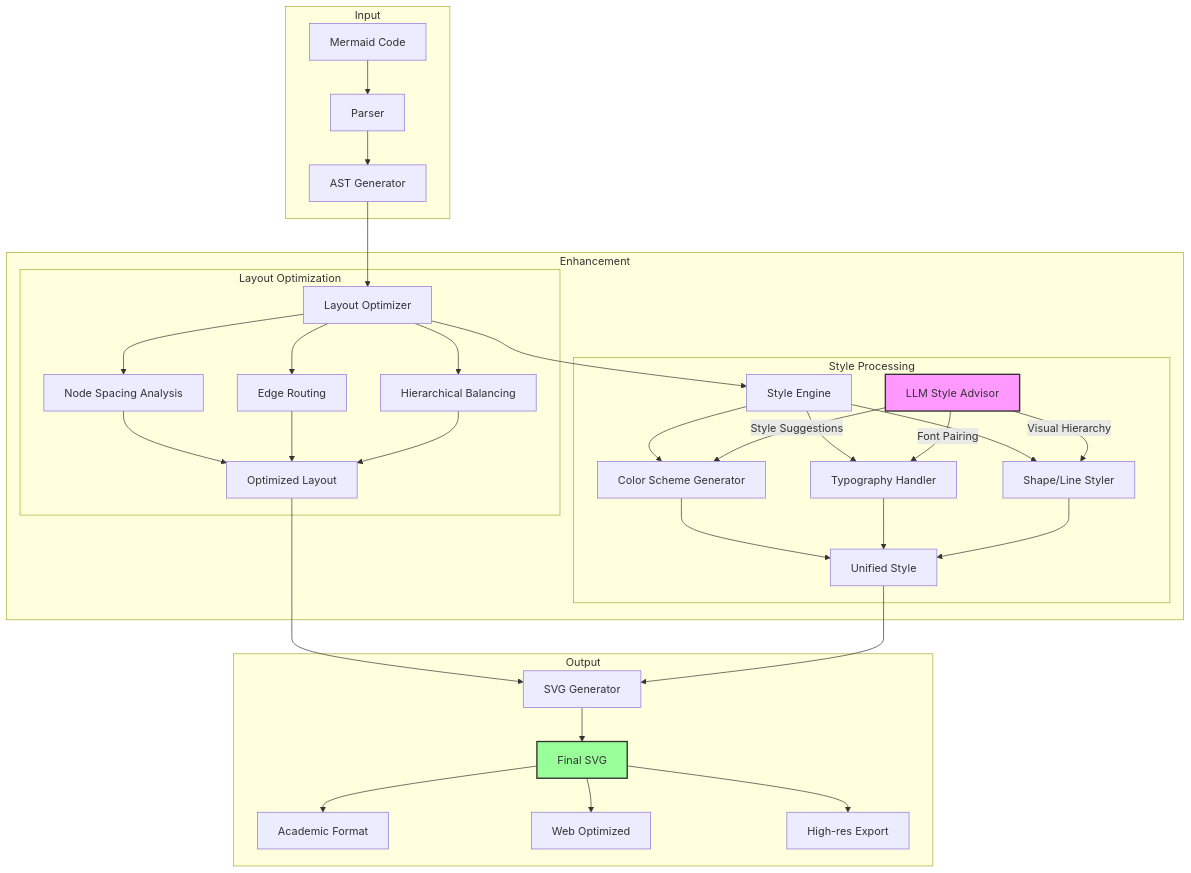
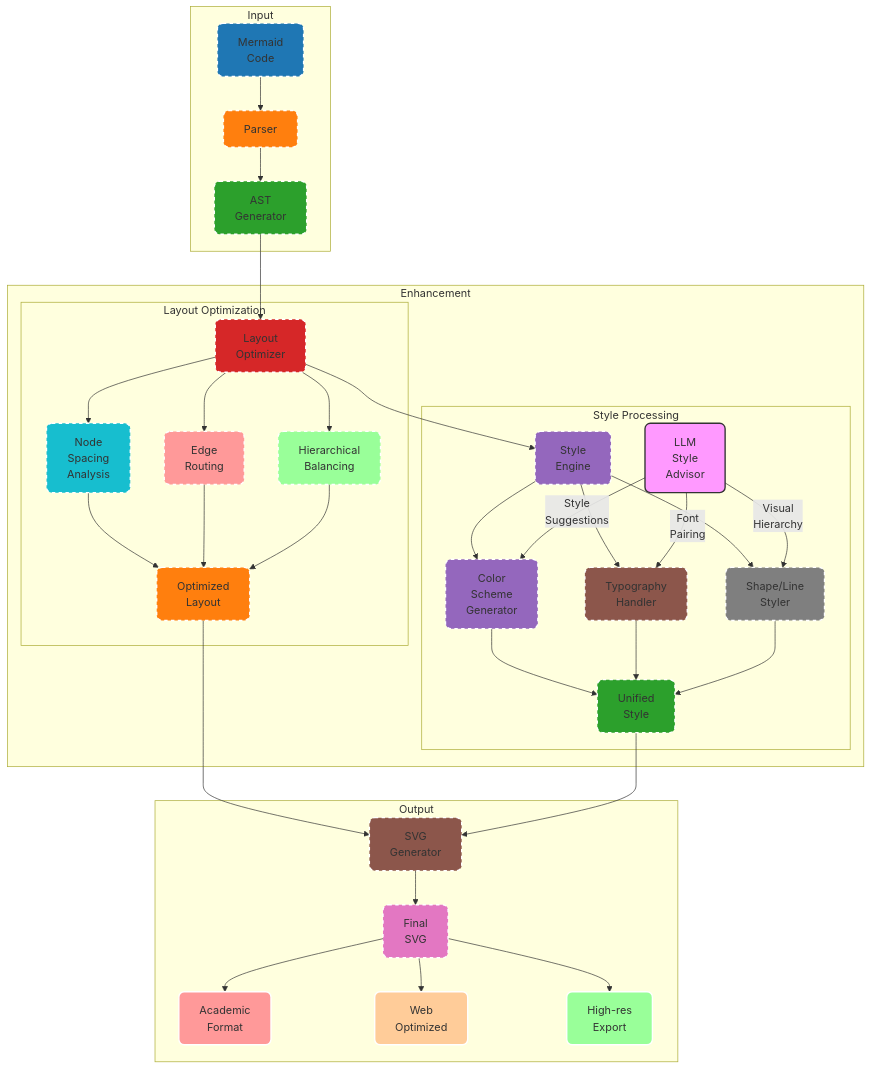
Before and after one commit to nshkrdotcom/diagram_experiments: the diagram in diagram_pipeline/2-mermaid-renderer.mermaid, drawn with Mermaid. The commit also changed other lines of this file, not shown here.

```diff
--- a/diagram_pipeline/2-mermaid-renderer.mermaid
+++ b/diagram_pipeline/2-mermaid-renderer.mermaid
@@ -1,43 +1,72 @@
 graph TB
+    %% Style for nodes
+    style A fill:#1f77b4,stroke:#ffffff,stroke-width:2px,rx:8px,ry:8px
+    style B fill:#ff7f0e,stroke:#ffffff,stroke-width:2px,rx:8px,ry:8px
+    style C fill:#2ca02c,stroke:#ffffff,stroke-width:2px,rx:8px,ry:8px
+    style D fill:#d62728,stroke:#ffffff,stroke-width:2px,rx:8px,ry:8px
+    style E fill:#9467bd,stroke:#ffffff,stroke-width:2px,rx:8px,ry:8px
+    style F fill:#8c564b,stroke:#ffffff,stroke-width:2px,rx:8px,ry:8px
+    style G fill:#e377c2,stroke:#ffffff,stroke-width:2px,rx:8px,ry:8px
+    style H1 fill:#ff9999,stroke:#ffffff,stroke-width:2px,rx:8px,ry:8px
+    style H2 fill:#ffcc99,stroke:#ffffff,stroke-width:2px,rx:8px,ry:8px
+    style H3 fill:#99ff99,stroke:#ffffff,stroke-width:2px,rx:8px,ry:8px
+    style LLM fill:#f9f,stroke:#333,stroke-width:2px,rx:8px,ry:8px
+    style D4 fill:#ff7f0e,stroke:#ffffff,stroke-width:2px,rx:8px,ry:8px
+    style E4 fill:#2ca02c,stroke:#ffffff,stroke-width:2px,rx:8px,ry:8px
+    style E1 fill:#9467bd,stroke:#ffffff,stroke-width:2px,rx:8px,ry:8px
+    style E2 fill:#8c564b,stroke:#ffffff,stroke-width:2px,rx:8px,ry:8px
+    style E3 fill:#7f7f7f,stroke:#ffffff,stroke-width:2px,rx:8px,ry:8px
+    style D1 fill:#17becf,stroke:#ffffff,stroke-width:2px,rx:8px,ry:8px
+    style D2 fill:#ff9999,stroke:#ffffff,stroke-width:2px,rx:8px,ry:8px
+    style D3 fill:#99ff99,stroke:#ffffff,stroke-width:2px,rx:8px,ry:8px
+
+    %% Subgraph styling
+    classDef input fill:#f0f0f0,stroke:#1f77b4,stroke-width:2px,stroke-dasharray: 5 5;
+    classDef enhancement fill:#f0f0f0,stroke:#2ca02c,stroke-width:2px,stroke-dasharray: 5 5;
+    classDef output fill:#f0f0f0,stroke:#9467bd,stroke-width:2px,stroke-dasharray: 5 5;
+
+    %% Nodes
     subgraph Input
-        A[Mermaid Code] --> B[Parser]
-        B --> C[AST Generator]
+        class A,B,C input;
+        A[Mermaid<br>Code] --> B[Parser]
+        B --> C[AST<br>Generator]
     end
 
     subgraph Enhancement
-        C --> D[Layout Optimizer]
-        D --> E[Style Engine]
+        class C,D,E enhancement;
+        C --> D[Layout<br>Optimizer]
+        D --> E[Style<br>Engine]
         
-        subgraph "Layout Optimization"
-            D --> D1[Node Spacing Analysis]
-            D --> D2[Edge Routing]
-            D --> D3[Hierarchical Balancing]
+        subgraph "Layout&nbsp;Optimization"
+            class D1,D2,D3,D4 enhancement;
+            D --> D1[Node<br>Spacing<br>Analysis]
+            D --> D2[Edge<br>Routing]
+            D --> D3[Hierarchical<br>Balancing]
             
-            D1 & D2 & D3 --> D4[Optimized Layout]
+            D1 & D2 & D3 --> D4[Optimized<br>Layout]
         end
         
-        subgraph "Style Processing"
-            E --> E1[Color Scheme Generator]
-            E --> E2[Typography Handler]
-            E --> E3[Shape/Line Styler]
+        subgraph "Style&nbsp;Processing"
+            class E1,E2,E3,E4 enhancement;
+            E --> E1[Color<br>Scheme<br>Generator]
+            E --> E2[Typography<br>Handler]
+            E --> E3[Shape/Line<br>Styler]
             
-            LLM[LLM Style Advisor] --> |Style Suggestions| E1
-            LLM --> |Font Pairing| E2
-            LLM --> |Visual Hierarchy| E3
+            LLM[LLM<br>Style<br>Advisor] --> |Style<br>Suggestions| E1
+            LLM --> |Font<br>Pairing| E2
+            LLM --> |Visual<br>Hierarchy| E3
             
-            E1 & E2 & E3 --> E4[Unified Style]
+            E1 & E2 & E3 --> E4[Unified<br>Style]
         end
     end
 
     subgraph Output
-        D4 --> F[SVG Generator]
+        class D4,E4,F,G output;
+        D4 --> F[SVG<br>Generator]
         E4 --> F
-        F --> G[Final SVG]
+        F --> G[Final<br>SVG]
         
-        G --> H1[Academic Format]
-        G --> H2[Web Optimized]
-        G --> H3[High-res Export]
+        G --> H1[Academic<br>Format]
+        G --> H2[Web<br>Optimized]
+        G --> H3[High-res<br>Export]
     end
-
-    style LLM fill:#f9f,stroke:#333,stroke-width:2px
-    style G fill:#9f9,stroke:#333,stroke-width:2px
```
